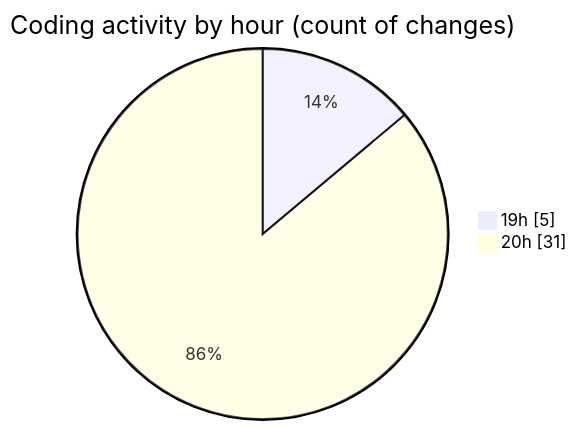
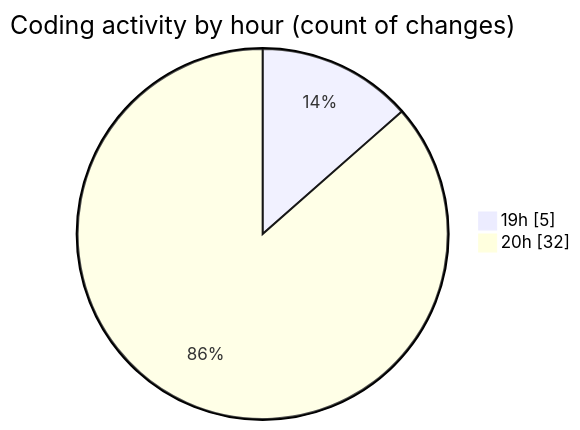
One commit to Netris89/code-tracking changed the second of 2 diagrams in 2025-04-25/echo/README.md. Above: the diagram before and after it, drawn with Mermaid. The commit also changed other lines of this file and 1 other file, not shown here.

````diff
--- a/2025-04-25/echo/README.md
+++ b/2025-04-25/echo/README.md
@@ -30,6 +30,6 @@
 ```mermaid
 pie showData
 title Coding activity by hour (count of changes)
 "19h" : 5
-"20h" : 31
+"20h" : 32
 ```
````
